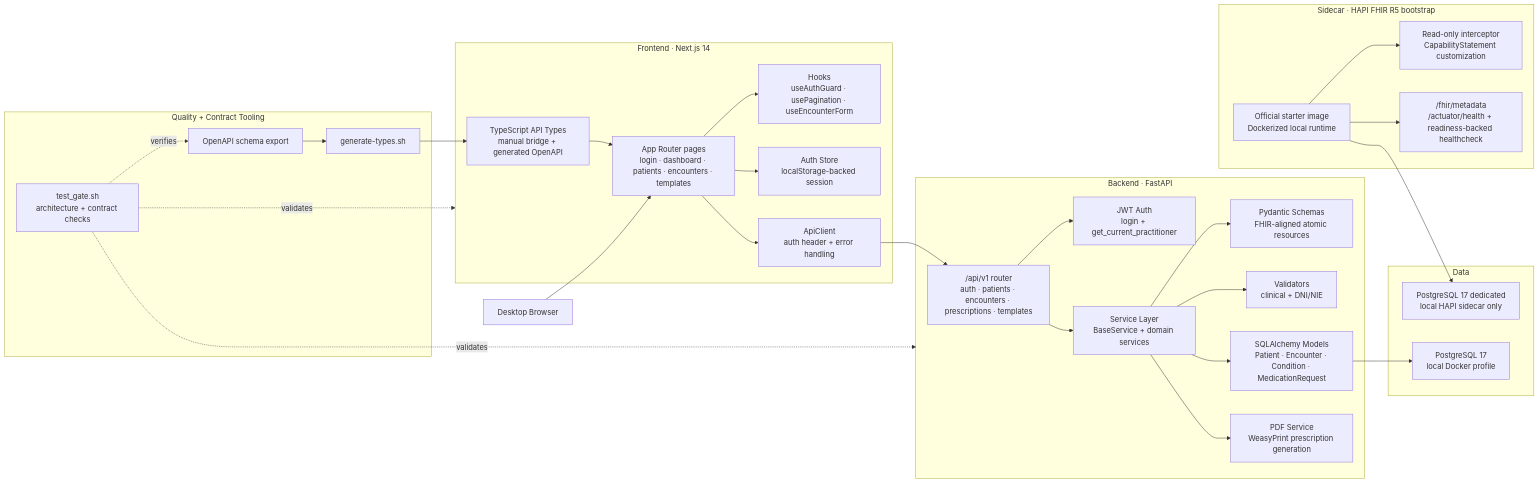
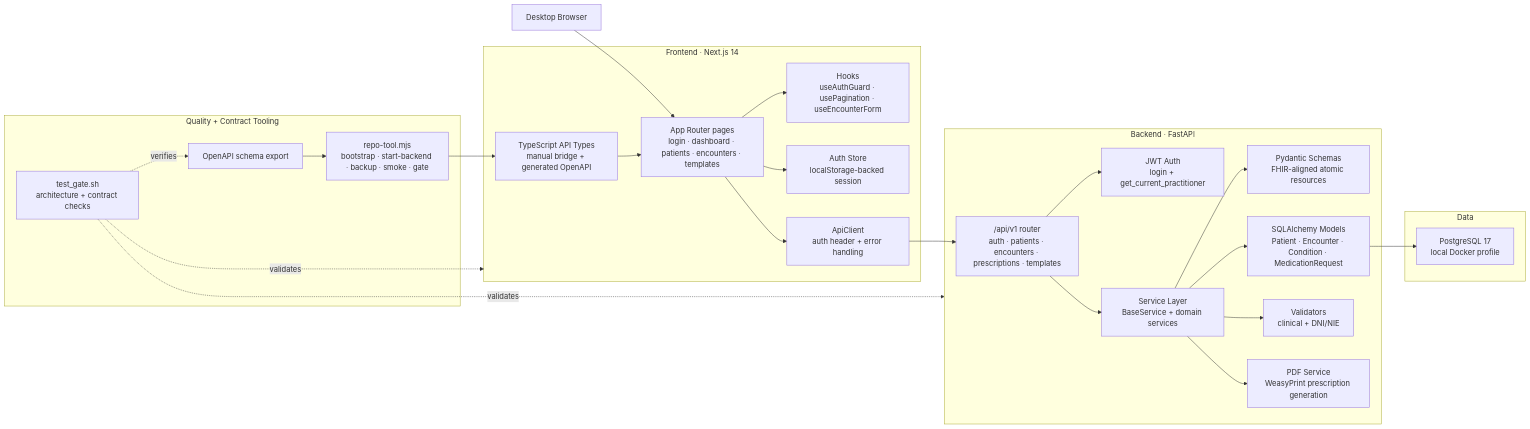
The second of 2 diagrams in docs/architecture/overview.md (AIOjPINEDA/EHR_Local), drawn with Mermaid before and after one commit. The commit also changed other lines of this file and 6 other files, not shown here.

First line of the commit message:
docs: align AGENTS/overview/shims with native one-click runtime (no active sidecar)

````diff
--- a/docs/architecture/overview.md
+++ b/docs/architecture/overview.md
@@ -44,63 +38,53 @@
 ```mermaid
 flowchart LR
     Browser["Desktop Browser"]
 
     subgraph Frontend["Frontend · Next.js 14"]
         Pages["App Router pages\nlogin · dashboard · patients · encounters · templates"]
         Hooks["Hooks\nuseAuthGuard · usePagination · useEncounterForm"]
         Store["Auth Store\nlocalStorage-backed session"]
         ApiClient["ApiClient\nauth header + error handling"]
         Types["TypeScript API Types\nmanual bridge + generated OpenAPI"]
     end
 
     subgraph Backend["Backend · FastAPI"]
         Router["/api/v1 router\nauth · patients · encounters · prescriptions · templates"]
         Auth["JWT Auth\nlogin + get_current_practitioner"]
         Services["Service Layer\nBaseService + domain services"]
         Schemas["Pydantic Schemas\nFHIR-aligned atomic resources"]
         Models["SQLAlchemy Models\nPatient · Encounter · Condition · MedicationRequest"]
         Validators["Validators\nclinical + DNI/NIE"]
         PdfService["PDF Service\nWeasyPrint prescription generation"]
     end
 
-    subgraph Sidecar["Sidecar · HAPI FHIR R5 bootstrap"]
-        Starter["Official starter image\nDockerized local runtime"]
-        Overlay["Read-only interceptor\nCapabilityStatement customization"]
-        Ops["/fhir/metadata\n/actuator/health + readiness-backed healthcheck"]
-    end
-
     subgraph Data["Data"]
         LocalPG["PostgreSQL 17\nlocal Docker profile"]
-        HapiPG["PostgreSQL 17 dedicated\nlocal HAPI sidecar only"]
     end
 
     subgraph Tooling["Quality + Contract Tooling"]
         OpenAPI["OpenAPI schema export"]
-        TypeGen["generate-types.sh"]
+        RepoTool["repo-tool.mjs\nbootstrap · start-backend · backup · smoke · gate"]
         Gate["test_gate.sh\narchitecture + contract checks"]
     end
 
     Browser --> Pages
     Pages --> Hooks
     Pages --> Store
     Pages --> ApiClient
     ApiClient --> Router
     Types --> Pages
-    OpenAPI --> TypeGen
-    TypeGen --> Types
+    OpenAPI --> RepoTool
+    RepoTool --> Types
 
     Router --> Auth
     Router --> Services
     Services --> Schemas
     Services --> Validators
     Services --> Models
     Services --> PdfService
     Models --> LocalPG
-    Starter --> Overlay
-    Starter --> Ops
-    Starter --> HapiPG
 
     Gate -. validates .-> Frontend
     Gate -. validates .-> Backend
     Gate -. verifies .-> OpenAPI
 ```
````
